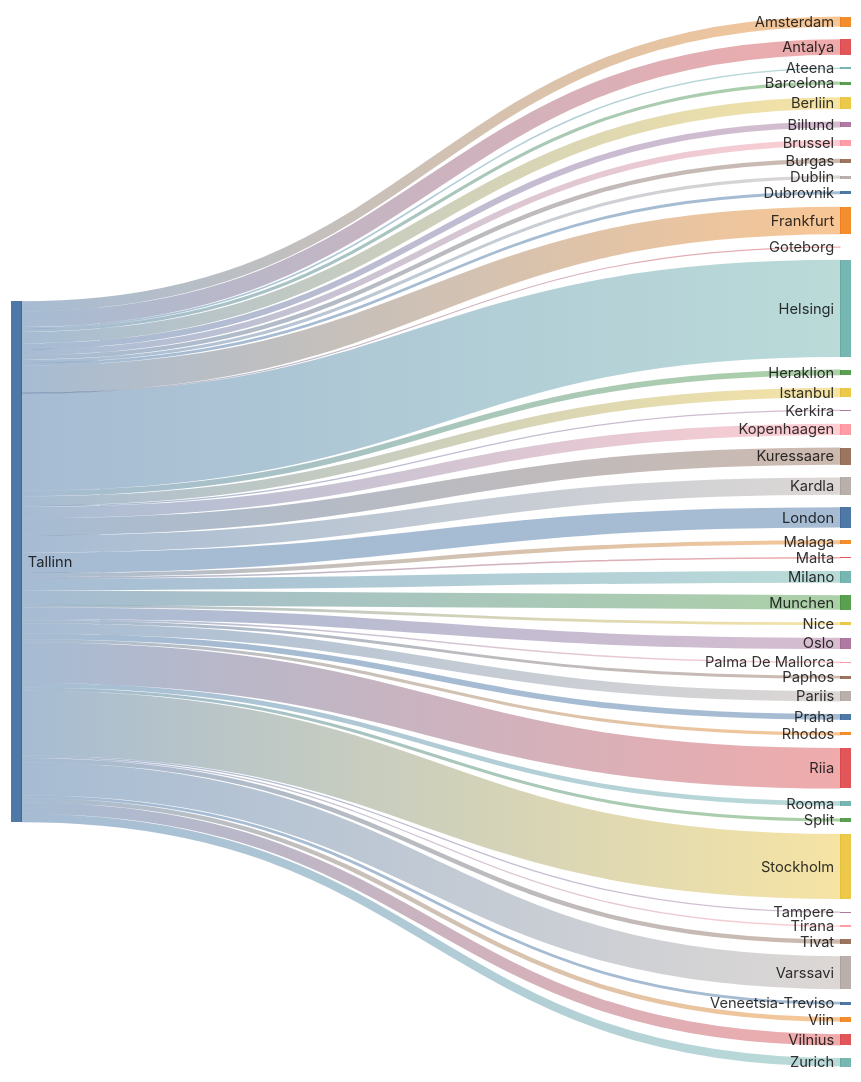
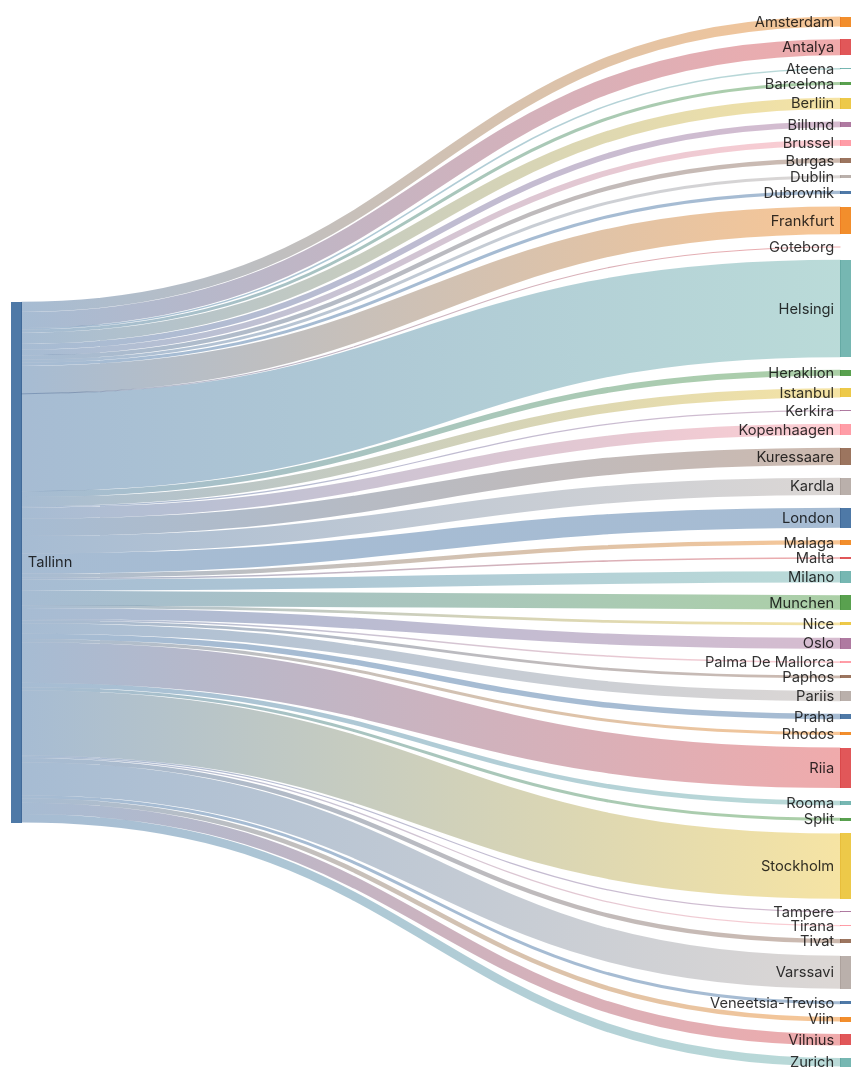
The second of 2 diagrams in README.md (rainermesi/tll-airport-departures), drawn with Mermaid before and after one commit. The commit also changed other lines of this file, not shown here.

````diff
--- a/README.md
+++ b/README.md
@@ -34,56 +34,56 @@
 ```mermaid
 ---
 config:
   sankey:
     showValues: false
     width: 800
     height: 1000
 ---
 sankey-beta
 %% source,target,value
-Tallinn,Amsterdam,32
-Tallinn,Antalya,50
+Tallinn,Amsterdam,33
+Tallinn,Antalya,53
 Tallinn,Ateena,5
 Tallinn,Barcelona,10
 Tallinn,Berliin,37
 Tallinn,Billund,19
 Tallinn,Brussel,19
 Tallinn,Burgas,14
 Tallinn,Dublin,10
-Tallinn,Dubrovnik,9
-Tallinn,Frankfurt,88
+Tallinn,Dubrovnik,10
+Tallinn,Frankfurt,91
 Tallinn,Goteborg,1
-Tallinn,Helsingi,310
-Tallinn,Heraklion,18
+Tallinn,Helsingi,320
+Tallinn,Heraklion,19
 Tallinn,Istanbul,30
 Tallinn,Kerkira,4
-Tallinn,Kopenhaagen,36
-Tallinn,Kuressaare,55
-Tallinn,Kardla,55
-Tallinn,London,65
-Tallinn,Malaga,13
+Tallinn,Kopenhaagen,37
+Tallinn,Kuressaare,57
+Tallinn,Kardla,57
+Tallinn,London,66
+Tallinn,Malaga,14
 Tallinn,Malta,5
 Tallinn,Milano,37
-Tallinn,Munchen,46
+Tallinn,Munchen,48
 Tallinn,Nice,9
 Tallinn,Oslo,36
 Tallinn,Palma De Mallorca,5
 Tallinn,Paphos,9
-Tallinn,Pariis,33
+Tallinn,Pariis,34
 Tallinn,Praha,18
 Tallinn,Rhodos,10
-Tallinn,Riia,129
+Tallinn,Riia,133
 Tallinn,Rooma,15
 Tallinn,Split,10
-Tallinn,Stockholm,207
+Tallinn,Stockholm,214
 Tallinn,Tampere,4
 Tallinn,Tirana,4
 Tallinn,Tivat,14
-Tallinn,Varssavi,105
-Tallinn,Veneetsia-Treviso,9
-Tallinn,Viin,14
-Tallinn,Vilnius,36
-Tallinn,Zurich,27
+Tallinn,Varssavi,108
+Tallinn,Veneetsia-Treviso,10
+Tallinn,Viin,15
+Tallinn,Vilnius,37
+Tallinn,Zurich,28
 
 
 ```
````
